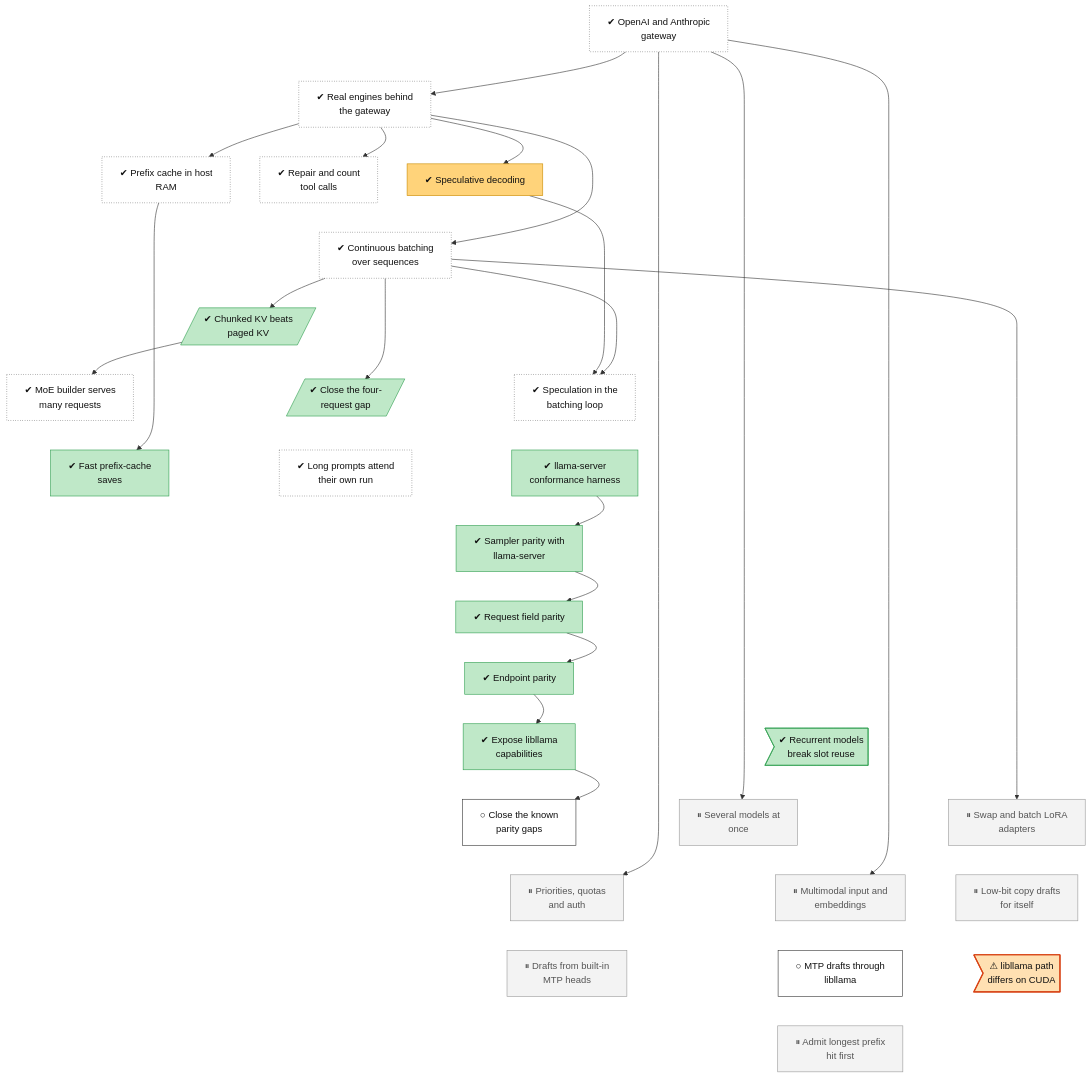
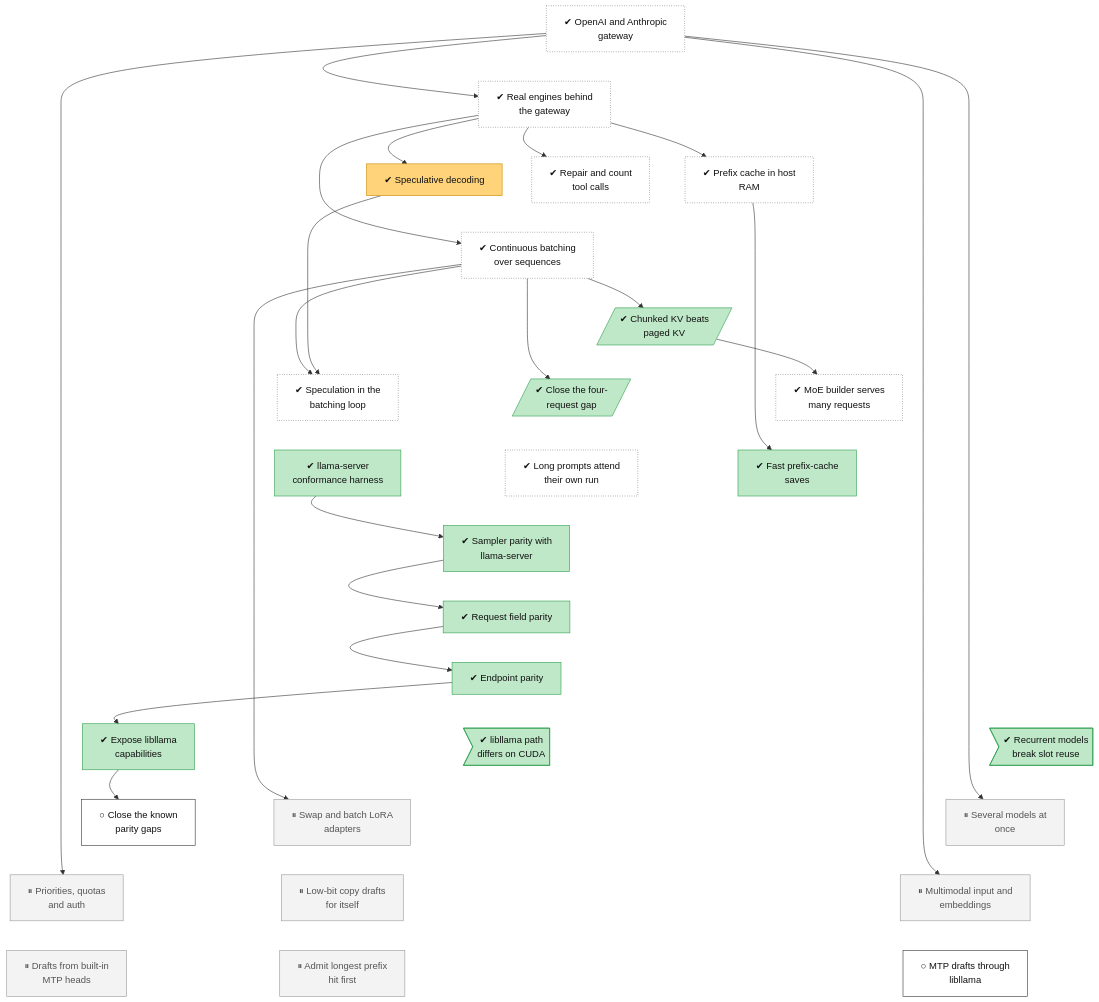
Before and after one commit to lhns/tetraeder: the diagram in docs/roadmap/tracks/serving.md, drawn with Mermaid. The commit also changed other lines of this file and 5 other files, not shown here.

Commit message:
Phase 6 risk fixes (ADR 0091 Case S): tree nodes memory-ram-tier-complement, planner-node-predict-check, serving-cuda-parity done (CI run 45415720514); not measured

````diff
--- a/docs/roadmap/tracks/serving.md
+++ b/docs/roadmap/tracks/serving.md
@@ -27,6 +27,7 @@
     serving_parity_endpoints["✔ Endpoint parity"]
     serving_parity_libllama["✔ Expose libllama<br/>capabilities"]
     serving_recurrent_reuse>"✔ Recurrent models<br/>break slot reuse"]
+    serving_cuda_parity>"✔ libllama path<br/>differs on CUDA"]
     serving_parity_remaining["○ Close the known<br/>parity gaps"]
     serving_multi_model["⏸ Several models at<br/>once"]
     serving_multi_lora["⏸ Swap and batch LoRA<br/>adapters"]
@@ -35,7 +36,6 @@
     serving_self_spec["⏸ Low-bit copy drafts<br/>for itself"]
     serving_mtp_drafts["⏸ Drafts from built-in<br/>MTP heads"]
     serving_mtp_libllama["○ MTP drafts through<br/>libllama"]
-    serving_cuda_parity>"⚠ libllama path<br/>differs on CUDA"]
     serving_prefix_first["⏸ Admit longest prefix<br/>hit first"]
     serving_gateway ~~~ serving_real_engines
     serving_real_engines ~~~ serving_prefix_cache
@@ -58,18 +58,16 @@
     serving_parity_fields ~~~ serving_parity_endpoints
     serving_parity_endpoints ~~~ serving_parity_libllama
     serving_parity_endpoints ~~~ serving_recurrent_reuse
+    serving_parity_endpoints ~~~ serving_cuda_parity
     serving_parity_libllama ~~~ serving_parity_remaining
     serving_recurrent_reuse ~~~ serving_multi_model
-    serving_recurrent_reuse ~~~ serving_multi_lora
+    serving_cuda_parity ~~~ serving_multi_lora
     serving_parity_remaining ~~~ serving_auth_quotas
     serving_multi_model ~~~ serving_multimodal
     serving_multi_lora ~~~ serving_self_spec
     serving_auth_quotas ~~~ serving_mtp_drafts
     serving_multimodal ~~~ serving_mtp_libllama
-    serving_self_spec ~~~ serving_cuda_parity
-    serving_mtp_drafts ~~~ serving_prefix_first
-    serving_mtp_libllama ~~~ serving_prefix_first
-    serving_cuda_parity ~~~ serving_prefix_first
+    serving_self_spec ~~~ serving_prefix_first
     serving_gateway --> serving_real_engines
     serving_real_engines --> serving_prefix_cache
     serving_real_engines --> serving_speculative
@@ -106,8 +104,7 @@
     classDef waiting fill:#e3f2fd,stroke:#1f6fc5,stroke-dasharray:5 5,color:#111
     class serving_gateway,serving_real_engines,serving_prefix_cache,serving_tool_calls,serving_batching,serving_moe_batch,serving_spec_batching,serving_own_run_attention unrated
     class serving_speculative mixed
-    class serving_kv_layout,serving_c4_gap,serving_prefix_save,serving_parity_harness,serving_parity_sampling,serving_parity_fields,serving_parity_endpoints,serving_parity_libllama,serving_recurrent_reuse succ
+    class serving_kv_layout,serving_c4_gap,serving_prefix_save,serving_parity_harness,serving_parity_sampling,serving_parity_fields,serving_parity_endpoints,serving_parity_libllama,serving_recurrent_reuse,serving_cuda_parity succ
     class serving_parity_remaining,serving_mtp_libllama next
     class serving_multi_model,serving_multi_lora,serving_auth_quotas,serving_multimodal,serving_self_spec,serving_mtp_drafts,serving_prefix_first parked
-    class serving_cuda_parity finding
 ```
````
